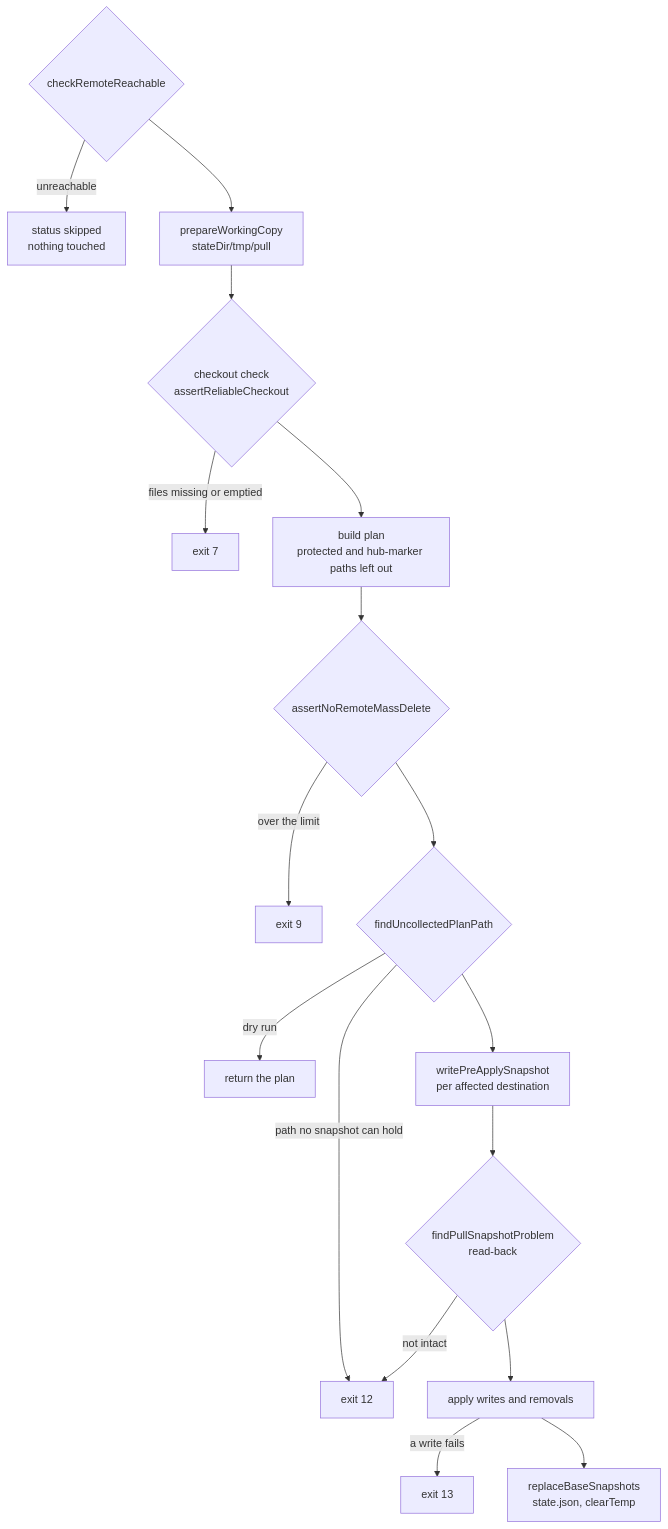
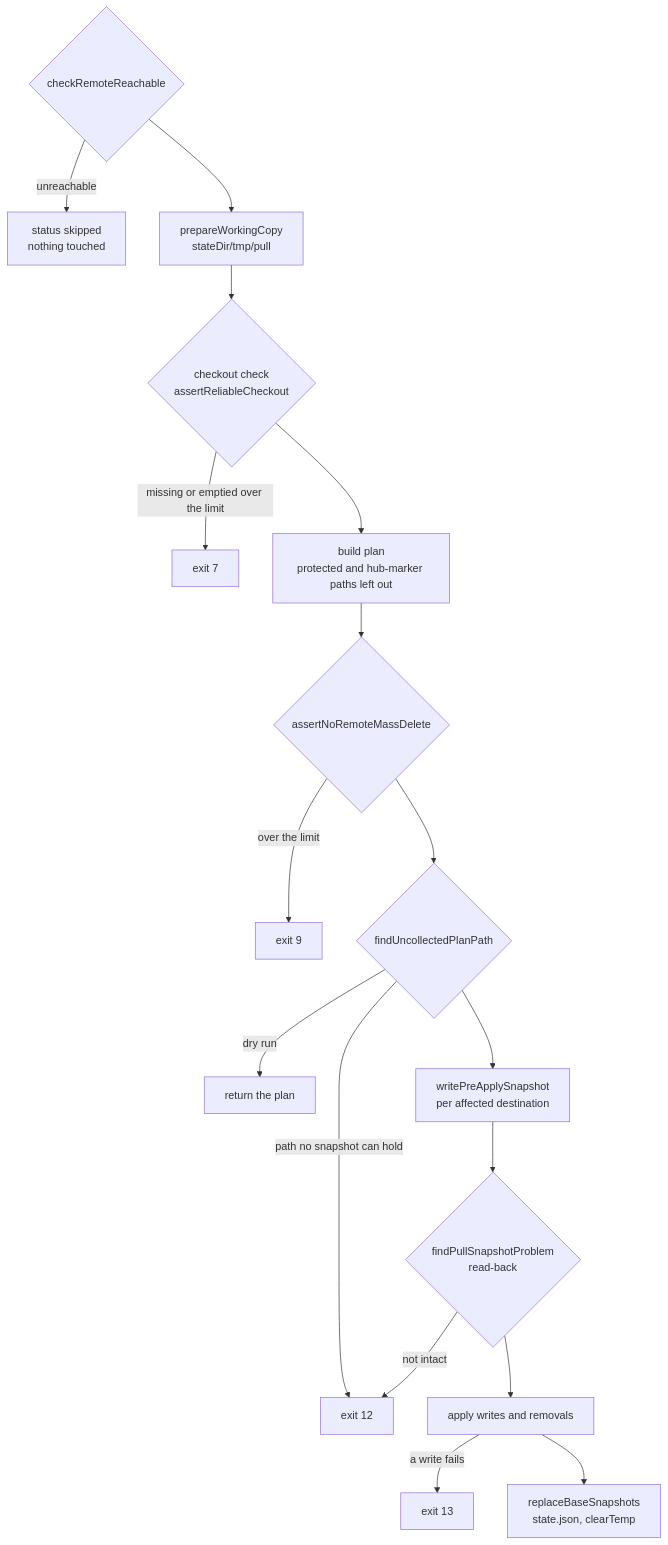
The diagram in packages/agent-memory-sync/docs/okf/destructive-write-safety-chain.md (LanNguyenSi/agent-memory), drawn with Mermaid before and after one commit. The commit also changed other lines of this file and 5 other files, not shown here.

````diff
--- a/packages/agent-memory-sync/docs/okf/destructive-write-safety-chain.md
+++ b/packages/agent-memory-sync/docs/okf/destructive-write-safety-chain.md
@@ -55,19 +58,19 @@
 ```mermaid
 flowchart TD
   R{"checkRemoteReachable"} -->|unreachable| S["status skipped<br/>nothing touched"]
   R --> W["prepareWorkingCopy<br/>stateDir/tmp/pull"]
   W --> C{"checkout check<br/>assertReliableCheckout"}
-  C -->|files missing or emptied| E7["exit 7"]
+  C -->|missing or emptied over the limit| E7["exit 7"]
   C --> P["build plan<br/>protected and hub-marker paths left out"]
   P --> M{"assertNoRemoteMassDelete"}
   M -->|over the limit| E9["exit 9"]
   M --> U{"findUncollectedPlanPath"}
   U -->|path no snapshot can hold| E12["exit 12"]
   U -->|dry run| D["return the plan"]
   U --> SN["writePreApplySnapshot<br/>per affected destination"]
   SN --> V{"findPullSnapshotProblem<br/>read-back"}
   V -->|not intact| E12
   V --> A["apply writes and removals"]
   A -->|a write fails| E13["exit 13"]
   A --> B["replaceBaseSnapshots<br/>state.json, clearTemp"]
 ```
````
